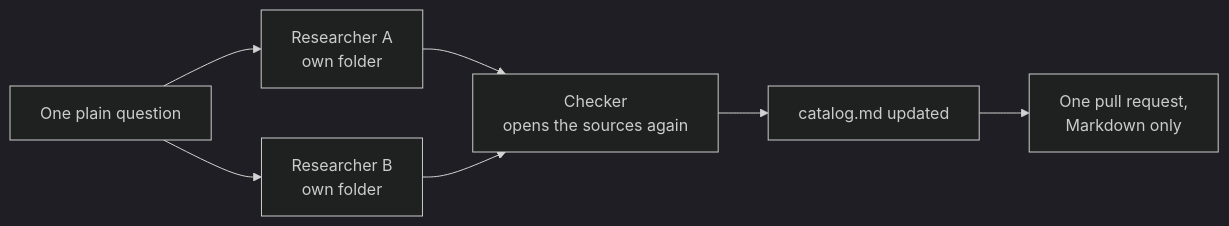
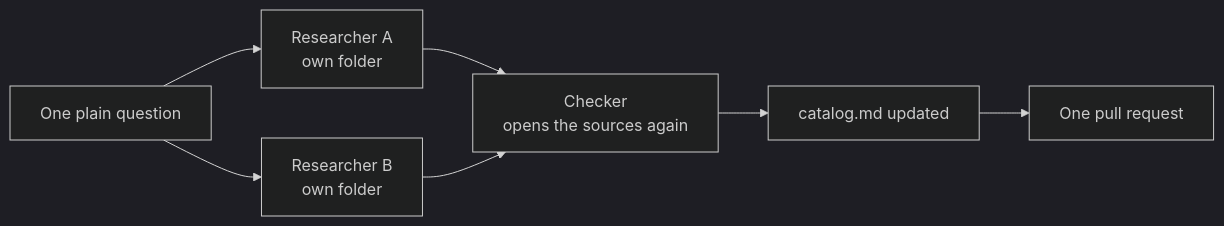
One commit to omars-lab/hifth changed the diagram in .claude/skills/find-influences/SKILL.md. Above: the diagram before and after it, drawn with Mermaid (dark theme). The commit also changed other lines of this file and 1 other file, not shown here.

````diff
--- a/.claude/skills/find-influences/SKILL.md
+++ b/.claude/skills/find-influences/SKILL.md
@@ -18,9 +18,9 @@
 ```mermaid
 flowchart LR
   q["One plain question"] --> a["Researcher A<br/>own folder"]
   q --> b["Researcher B<br/>own folder"]
   a --> c["Checker<br/>opens the sources again"]
   b --> c
   c --> cat["catalog.md updated"]
-  cat --> pr["One pull request,<br/>Markdown only"]
+  cat --> pr["One pull request"]
 ```
````
